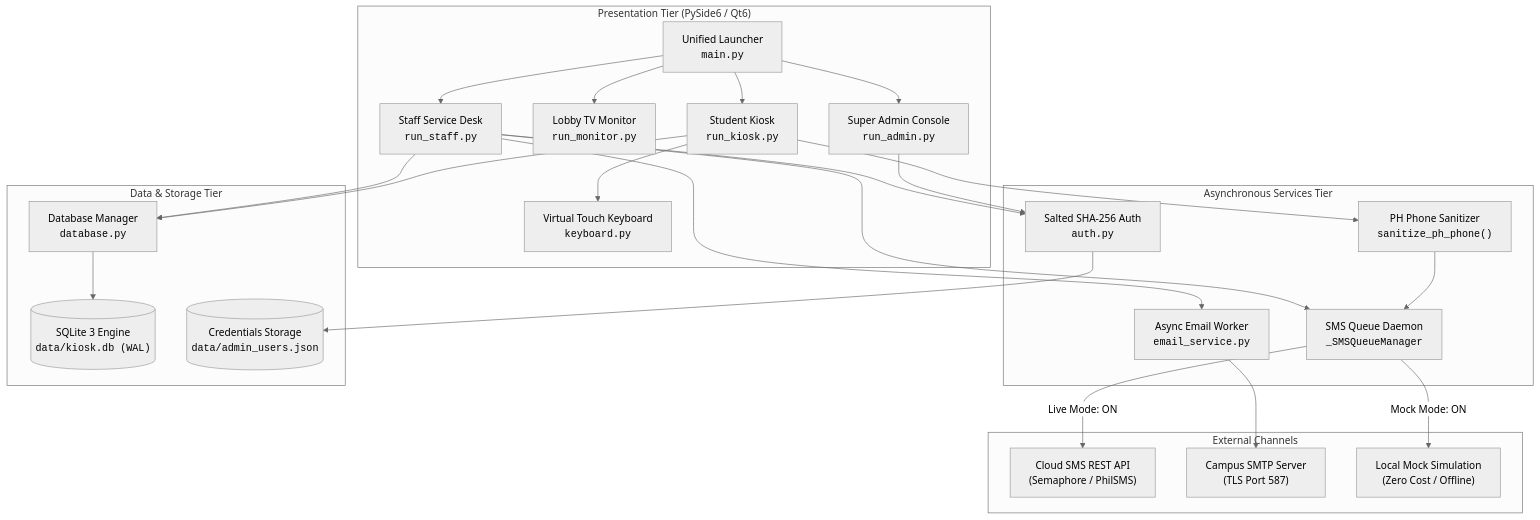
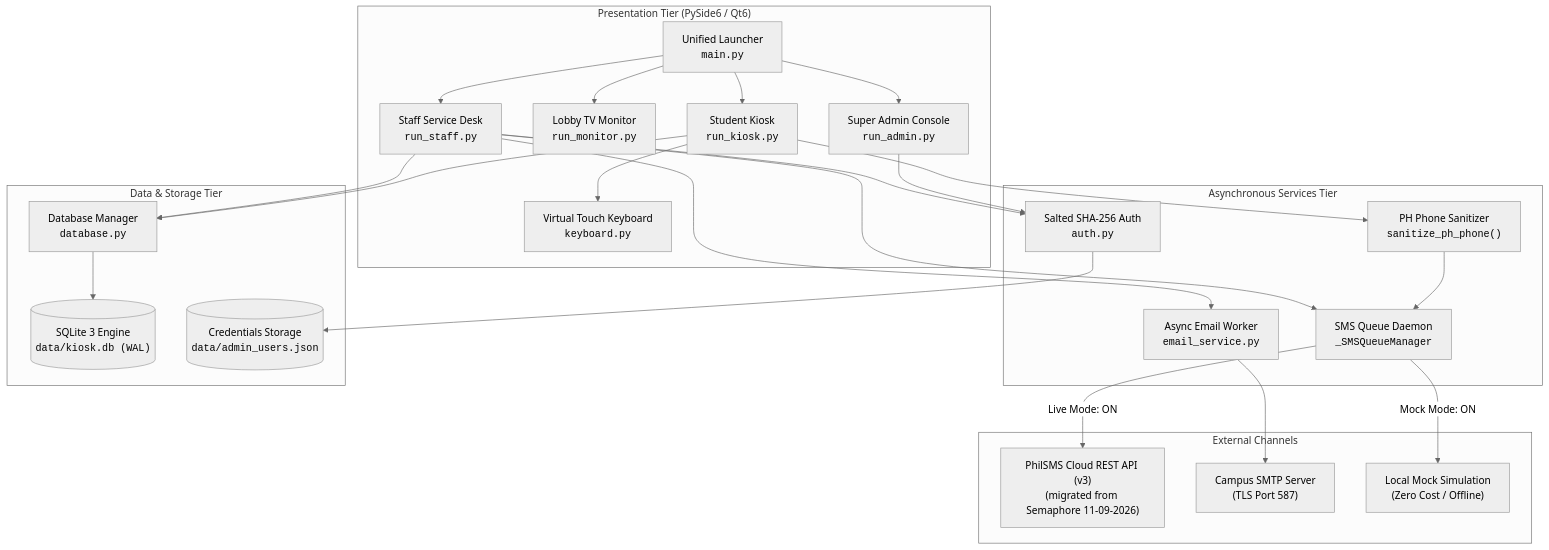
Before and after one commit to jevvii/tapnqueue: the diagram in README.md, drawn with Mermaid (neutral theme). The commit also changed other lines of this file and 15 other files, not shown here.

Commit message:
feat(philsms): adapt manual to live gateway testing walkthrough and enhance PhilSMS recipient handling

````diff
--- a/README.md
+++ b/README.md
@@ -92,42 +92,42 @@
 ```mermaid
 graph TD
     subgraph Presentation_Layer ["Presentation Tier (PySide6 / Qt6)"]
         Launcher["Unified Launcher<br/><code>main.py</code>"]
         Kiosk["Student Kiosk<br/><code>run_kiosk.py</code>"]
         Monitor["Lobby TV Monitor<br/><code>run_monitor.py</code>"]
         Staff["Staff Service Desk<br/><code>run_staff.py</code>"]
         Admin["Super Admin Console<br/><code>run_admin.py</code>"]
         TouchKB["Virtual Touch Keyboard<br/><code>keyboard.py</code>"]
     end
 
     subgraph Service_Layer ["Asynchronous Services Tier"]
         SMSWorker["SMS Queue Daemon<br/><code>_SMSQueueManager</code>"]
         EmailWorker["Async Email Worker<br/><code>email_service.py</code>"]
         AuthGuard["Salted SHA-256 Auth<br/><code>auth.py</code>"]
         Validator["PH Phone Sanitizer<br/><code>sanitize_ph_phone()</code>"]
     end
 
     subgraph Persistence_Layer ["Data & Storage Tier"]
         DBMgr["Database Manager<br/><code>database.py</code>"]
         SQLiteDB[("SQLite 3 Engine<br/><code>data/kiosk.db (WAL)</code>")]
         AuthStore[("Credentials Storage<br/><code>data/admin_users.json</code>")]
     end
 
     subgraph External_Network ["External Channels"]
-        CloudSMS["Cloud SMS REST API<br/>(Semaphore / PhilSMS)"]
+        CloudSMS["PhilSMS Cloud REST API (v3)<br/>(migrated from Semaphore 11-09-2026)"]
         SMTPServer["Campus SMTP Server<br/>(TLS Port 587)"]
         MockEngine["Local Mock Simulation<br/>(Zero Cost / Offline)"]
     end
 
     Launcher --> Kiosk & Monitor & Staff & Admin
     Kiosk --> TouchKB
     Kiosk --> Validator --> SMSWorker
     Kiosk & Staff --> DBMgr
     Staff --> SMSWorker & EmailWorker
     Admin & Staff --> AuthGuard --> AuthStore
 
     SMSWorker -->|Mock Mode: ON| MockEngine
     SMSWorker -->|Live Mode: ON| CloudSMS
     EmailWorker --> SMTPServer
     DBMgr --> SQLiteDB
 ```
````
